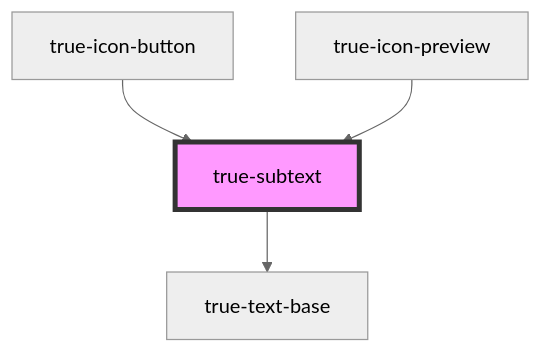
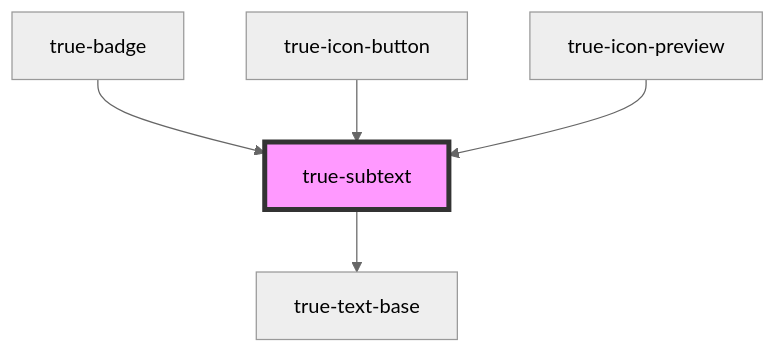
The diagram in src/components/typography/subtext/readme.md (bbjdt2224/true-component-library), drawn with Mermaid (neutral theme) before and after one commit. The commit also changed other lines of this file and 30 other files, not shown here.

````diff
--- a/src/components/typography/subtext/readme.md
+++ b/src/components/typography/subtext/readme.md
@@ -29,7 +30,8 @@
 ```mermaid
 graph TD;
   true-subtext --> true-text-base
+  true-badge --> true-subtext
   true-icon-button --> true-subtext
   true-icon-preview --> true-subtext
   style true-subtext fill:#f9f,stroke:#333,stroke-width:4px
 ```
````
